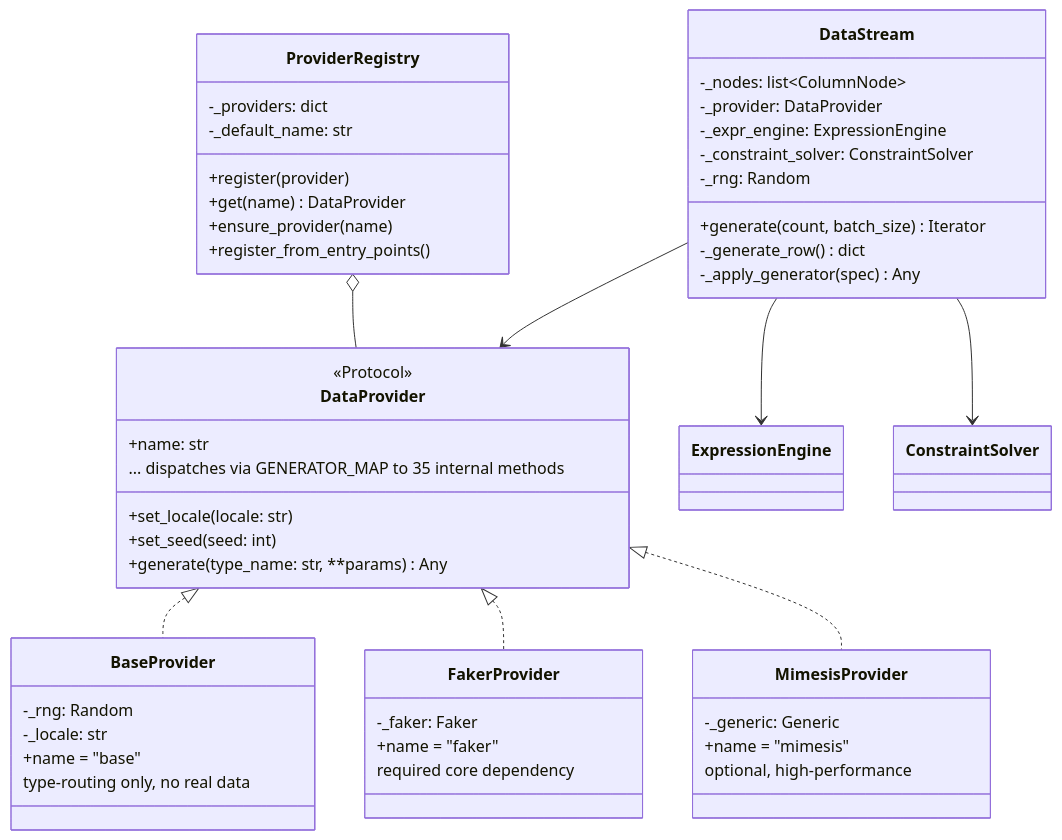
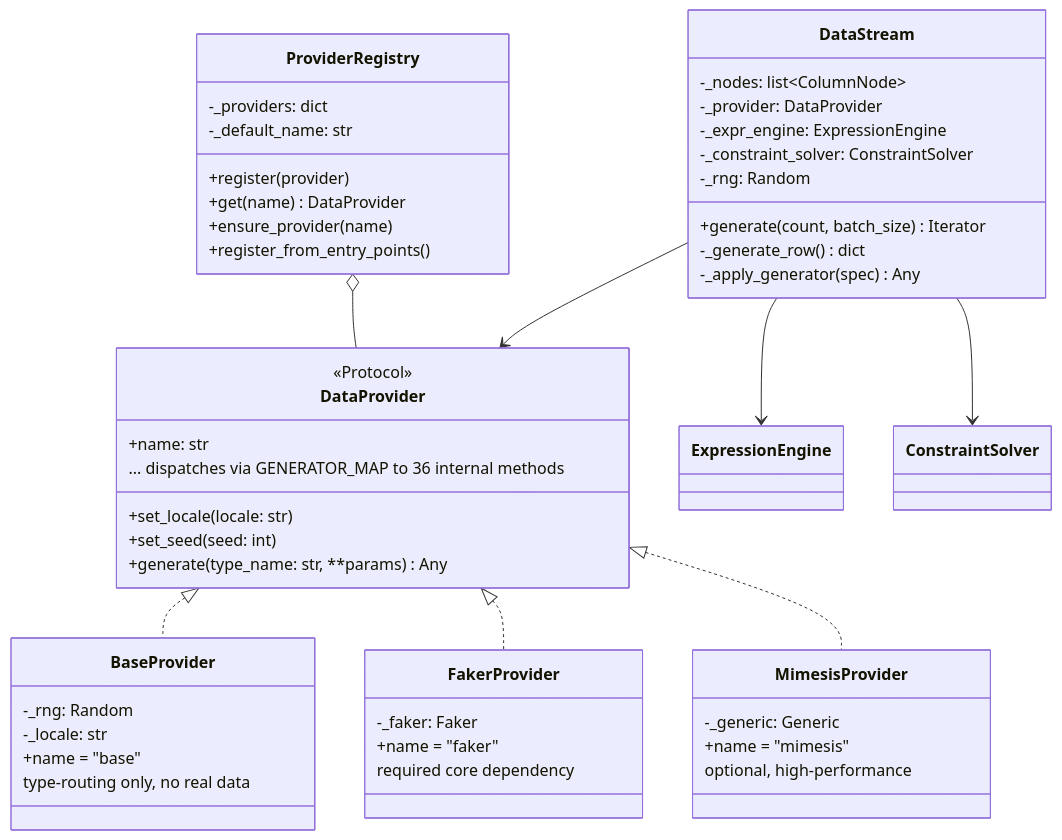
The fourth of 12 diagrams in docs/architecture.md (sunbos/sqlseed), drawn with Mermaid before and after one commit. The commit also changed other lines of this file and 34 other files, not shown here.

````diff
--- a/docs/architecture.md
+++ b/docs/architecture.md
@@ -269,58 +265,58 @@
 ```mermaid
 classDiagram
     class DataProvider {
         <<Protocol>>
         +name: str
         +set_locale(locale: str)
         +set_seed(seed: int)
         +generate(type_name: str, **params) Any
-        ... dispatches via GENERATOR_MAP to 35 internal methods
+        ... dispatches via GENERATOR_MAP to 36 internal methods
     }
 
     class BaseProvider {
         -_rng: Random
         -_locale: str
         +name = "base"
         type-routing only, no real data
     }
 
     class FakerProvider {
         -_faker: Faker
         +name = "faker"
         required core dependency
     }
 
     class MimesisProvider {
         -_generic: Generic
         +name = "mimesis"
         optional, high-performance
     }
 
     class ProviderRegistry {
         -_providers: dict
         -_default_name: str
         +register(provider)
         +get(name) DataProvider
         +ensure_provider(name)
         +register_from_entry_points()
     }
 
     class DataStream {
         -_nodes: list~ColumnNode~
         -_provider: DataProvider
         -_expr_engine: ExpressionEngine
         -_constraint_solver: ConstraintSolver
         -_rng: Random
         +generate(count, batch_size) Iterator
         -_generate_row() dict
         -_apply_generator(spec) Any
     }
 
     DataProvider <|.. BaseProvider
     DataProvider <|.. FakerProvider
     DataProvider <|.. MimesisProvider
     ProviderRegistry o-- DataProvider
     DataStream --> DataProvider
     DataStream --> ExpressionEngine
     DataStream --> ConstraintSolver
 ```
````
